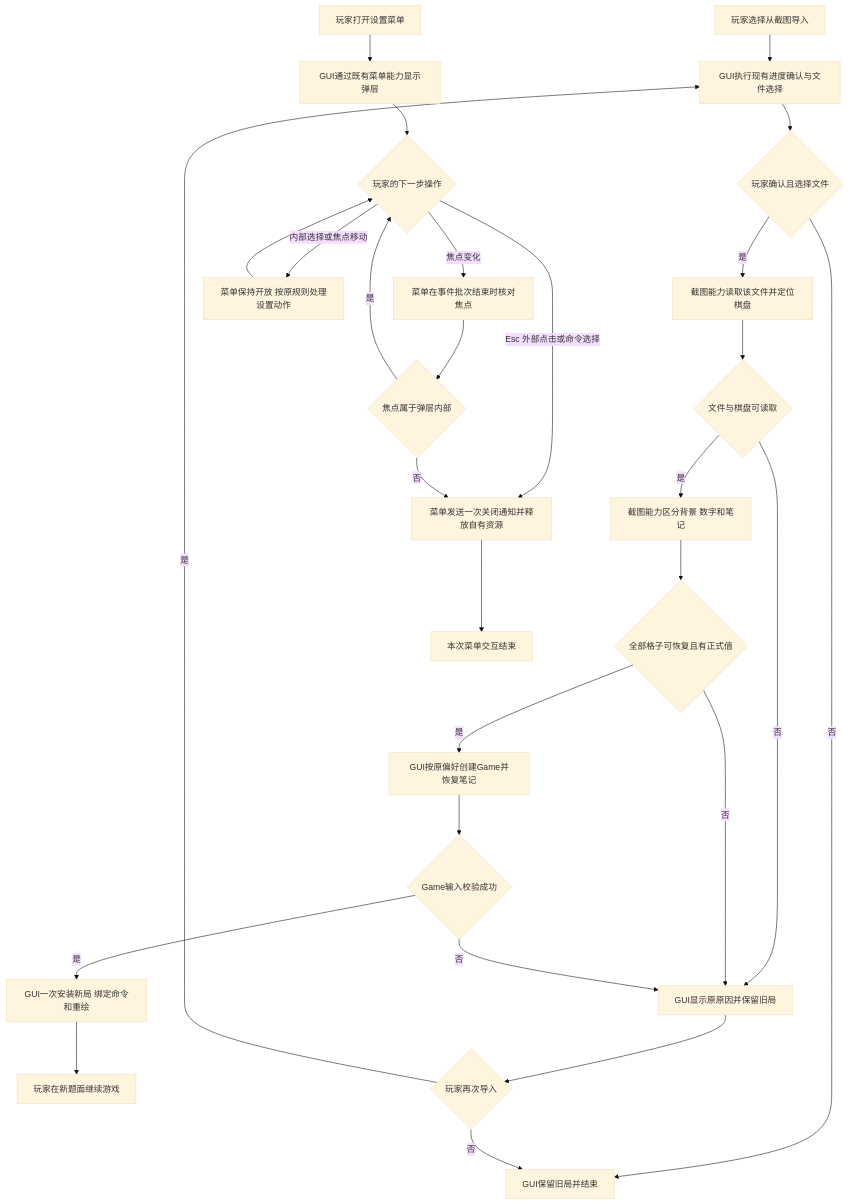
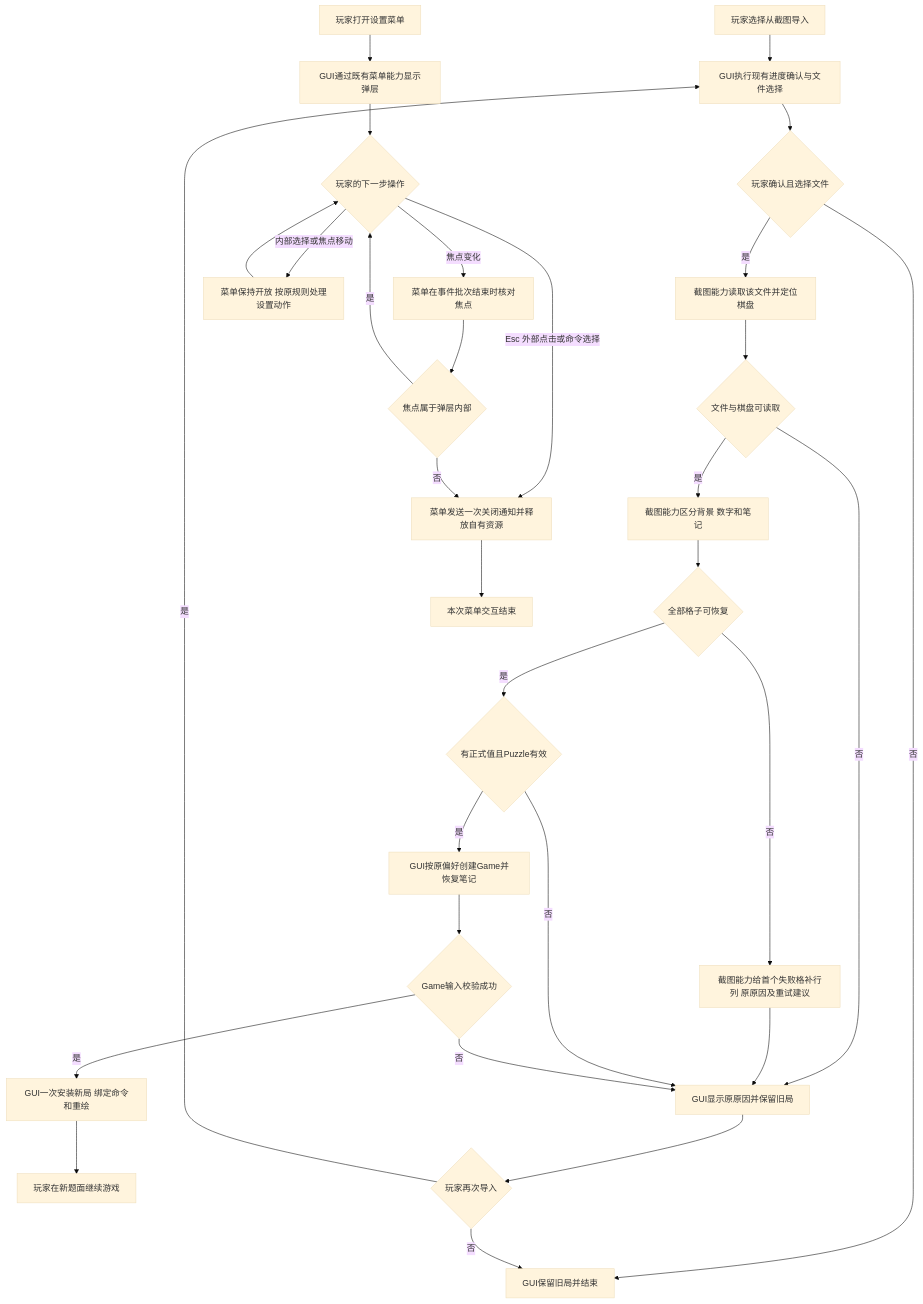
One commit to jaried/shudu changed the first of 3 diagrams in docs/01_sprint记录/sprint01/00-联合方案决策/2026-10-07/截图导入联合方案决策草案.md. Above: the diagram before and after it, drawn with Mermaid (base theme). The commit also changed other lines of this file and 10 other files, not shown here.

Commit message:
docs: 确认截图失败位置范围并收敛四票草案

````diff
--- a/docs/01_sprint记录/sprint01/00-联合方案决策/2026-10-07/截图导入联合方案决策草案.md
+++ b/docs/01_sprint记录/sprint01/00-联合方案决策/2026-10-07/截图导入联合方案决策草案.md
@@ -210,30 +210,33 @@
 ```mermaid
 flowchart TD
   A[玩家选择从截图导入] --> B[GUI执行现有进度确认与文件选择]
   B --> C{玩家确认且选择文件}
   C -- 否 --> K[GUI保留旧局并结束]
   C -- 是 --> D[截图能力读取该文件并定位棋盘]
   D --> E{文件与棋盘可读取}
   E -- 否 --> X[GUI显示原原因并保留旧局]
   E -- 是 --> F[截图能力区分背景 数字和笔记]
-  F --> G{全部格子可恢复且有正式值}
-  G -- 否 --> X
-  G -- 是 --> H[GUI按原偏好创建Game并恢复笔记]
+  F --> G{全部格子可恢复}
+  G -- 否 --> Y[截图能力给首个失败格补行列 原原因及重试建议]
+  Y --> X
+  G -- 是 --> G1{有正式值且Puzzle有效}
+  G1 -- 否 --> X
+  G1 -- 是 --> H[GUI按原偏好创建Game并恢复笔记]
   H --> I{Game输入校验成功}
   I -- 否 --> X
   I -- 是 --> J[GUI一次安装新局 绑定命令和重绘]
   J --> L[玩家在新题面继续游戏]
   X --> M{玩家再次导入}
   M -- 是 --> B
   M -- 否 --> K
   A2[玩家打开设置菜单] --> B2[GUI通过既有菜单能力显示弹层]
   B2 --> C2{玩家的下一步操作}
   C2 -- 内部选择或焦点移动 --> D2[菜单保持开放 按原规则处理设置动作]
   D2 --> C2
   C2 -- Esc 外部点击或命令选择 --> E2[菜单发送一次关闭通知并释放自有资源]
   C2 -- 焦点变化 --> G2[菜单在事件批次结束时核对焦点]
   G2 --> H2{焦点属于弹层内部}
   H2 -- 是 --> C2
   H2 -- 否 --> E2
   E2 --> F2[本次菜单交互结束]
 ```
````
